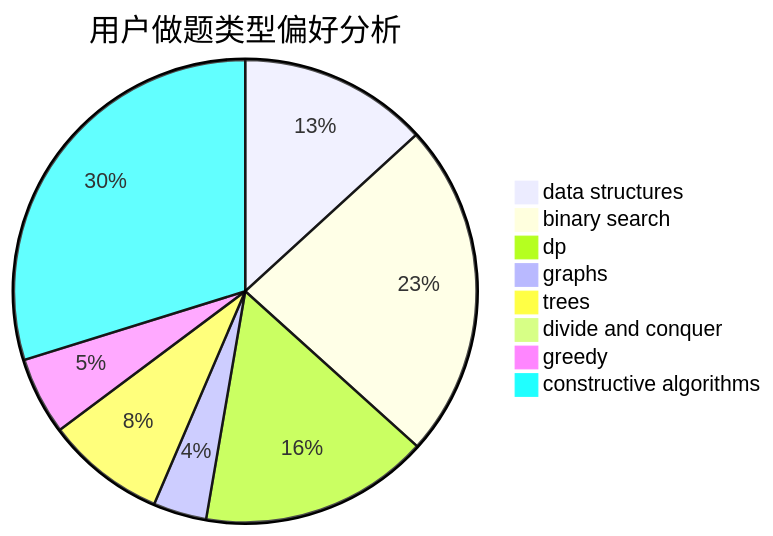
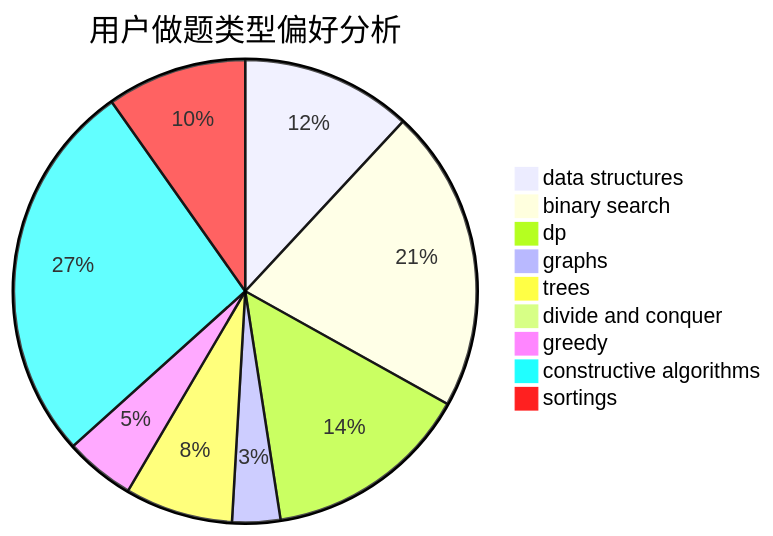
Before and after one commit to sherpahu/cfrs.github.io: the second of 3 diagrams in docs/user/u616.md, drawn with Mermaid. The commit also changed other lines of this file and 2769 other files, not shown here.

````diff
--- a/docs/user/u616.md
+++ b/docs/user/u616.md
@@ -23,11 +18,12 @@
 ```mermaid
 pie title 用户做题类型偏好分析
     "data structures" :  117
     "binary search" :  208
     "dp" :  142
     "graphs" :  33
     "trees" :  74
     "divide and conquer" :  0
     "greedy" :  48
     "constructive algorithms" :  264
+    "sortings" :  96
 ```
````
